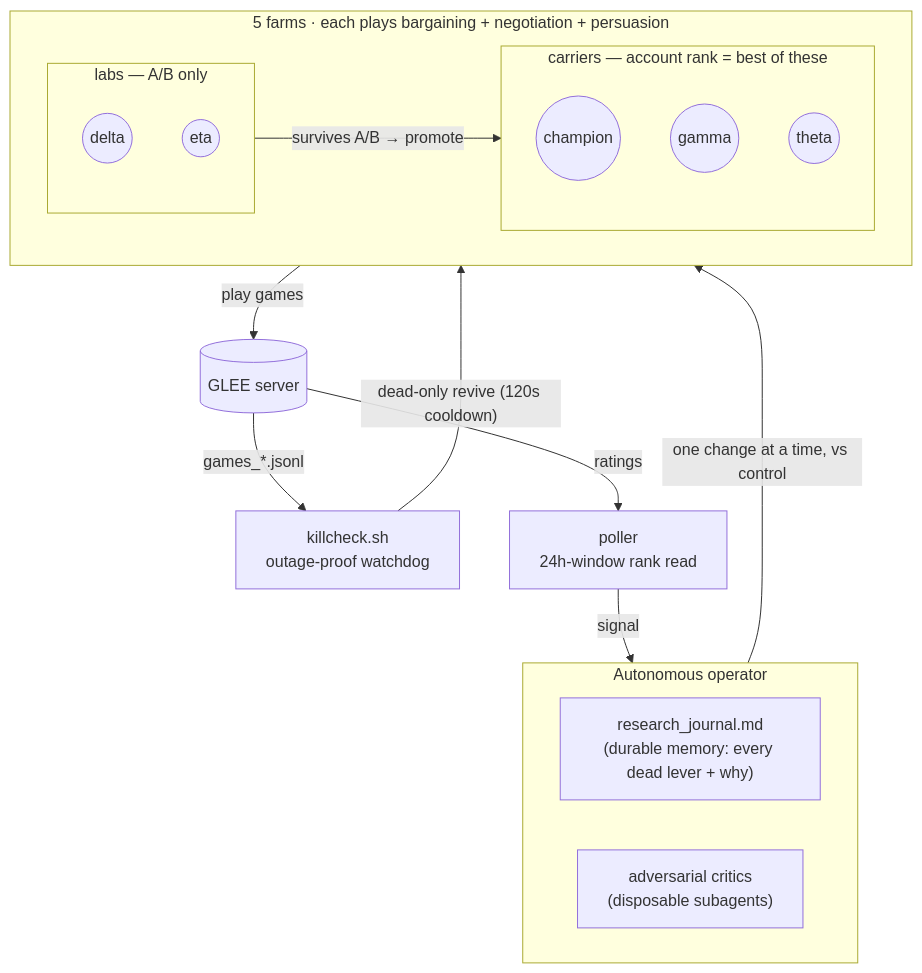
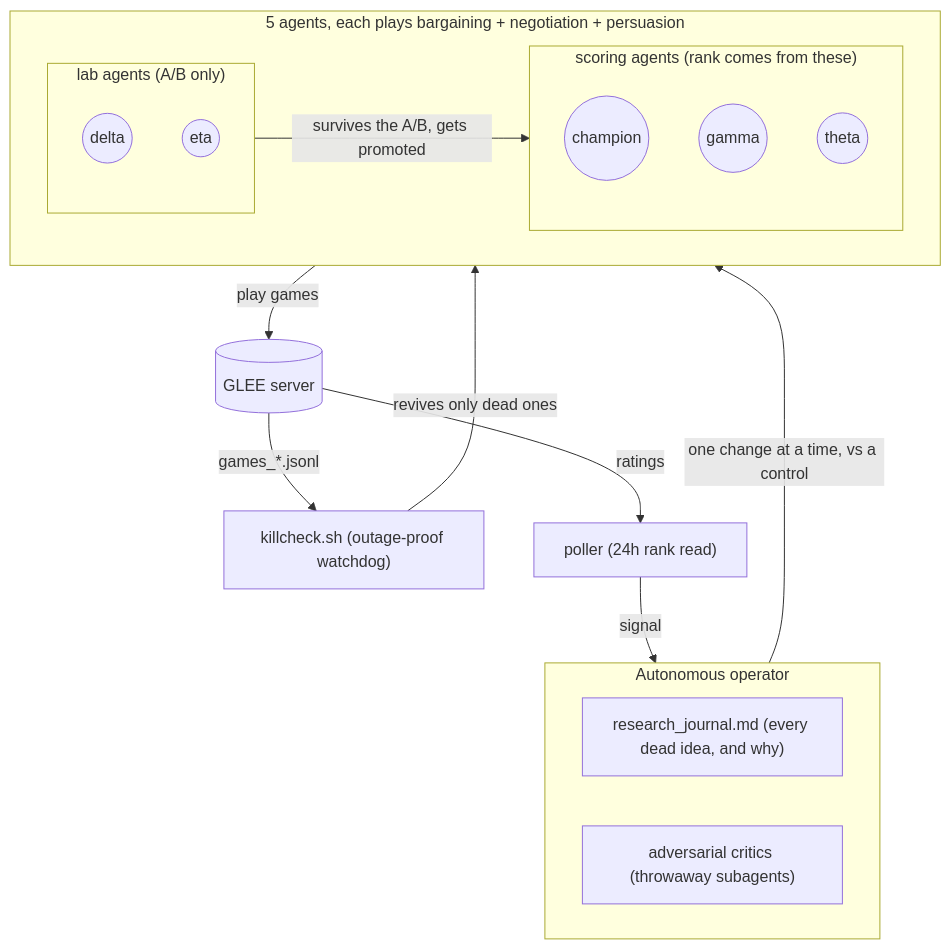
The diagram in README.md (Ulto85/glee), drawn with Mermaid before and after one commit. The commit also changed other lines of this file, not shown here.

Commit message:
Rework README: Adversarial Research framing, NeurIPS context, honest standing

````diff
--- a/README.md
+++ b/README.md
@@ -22,26 +23,26 @@
 ```mermaid
 flowchart TB
     subgraph OP["Autonomous operator"]
       direction LR
-      J["research_journal.md<br/>(durable memory: every dead lever + why)"]
-      K["adversarial critics<br/>(disposable subagents)"]
+      J["research_journal.md (every dead idea, and why)"]
+      K["adversarial critics (throwaway subagents)"]
     end
 
-    subgraph FARMS["5 farms · each plays bargaining + negotiation + persuasion"]
+    subgraph FARMS["5 agents, each plays bargaining + negotiation + persuasion"]
       direction LR
-      subgraph CAR["carriers — account rank = best of these"]
+      subgraph CAR["scoring agents (rank comes from these)"]
         champ(("champion")); gamma(("gamma")); theta(("theta"))
       end
-      subgraph LAB["labs — A/B only"]
+      subgraph LAB["lab agents (A/B only)"]
         delta(("delta")); eta(("eta"))
       end
     end
 
-    OP -->|"one change at a time, vs control"| LAB
-    LAB -->|"survives A/B → promote"| CAR
+    OP -->|"one change at a time, vs a control"| LAB
+    LAB -->|"survives the A/B, gets promoted"| CAR
     FARMS -->|"play games"| G[("GLEE server")]
-    G -->|"games_*.jsonl"| W["killcheck.sh<br/>outage-proof watchdog"]
-    W -->|"dead-only revive (120s cooldown)"| FARMS
-    G -->|"ratings"| P["poller<br/>24h-window rank read"]
+    G -->|"games_*.jsonl"| W["killcheck.sh (outage-proof watchdog)"]
+    W -->|"revives only dead ones"| FARMS
+    G -->|"ratings"| P["poller (24h rank read)"]
     P -->|"signal"| OP
 ```
````
